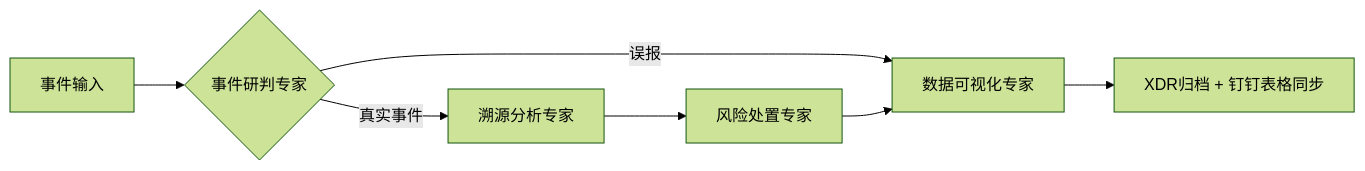
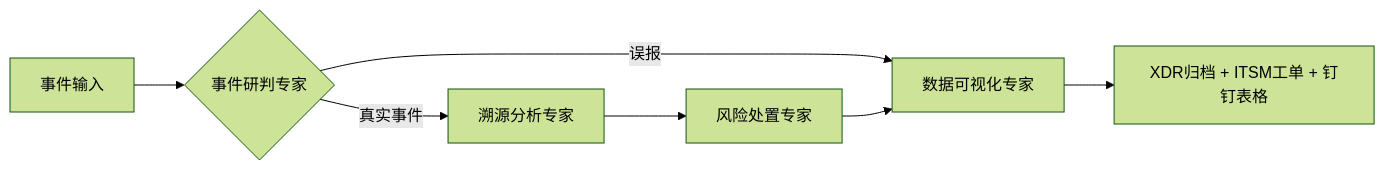
Before and after one commit to xyl-muse/XSOC_veadk: the diagram in README.md, drawn with Mermaid (forest theme). The commit also changed other lines of this file and 3 other files, not shown here.

````diff
--- a/README.md
+++ b/README.md
@@ -81,9 +81,9 @@
 ```mermaid
 graph LR
 A[事件输入] --> B{事件研判专家}
 B -->|误报| C[数据可视化专家]
 B -->|真实事件| D[溯源分析专家]
 D --> E[风险处置专家]
 E --> C
-C --> F[XDR归档 + 钉钉表格同步]
+C --> F[XDR归档 + ITSM工单 + 钉钉表格]
 ```
````
